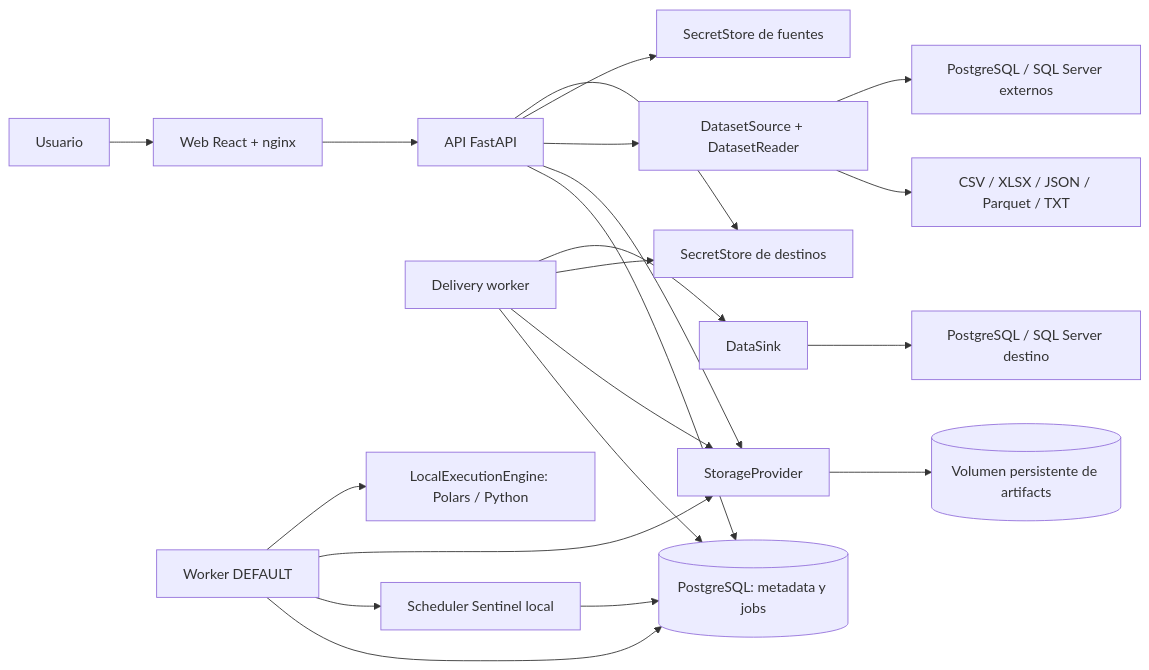
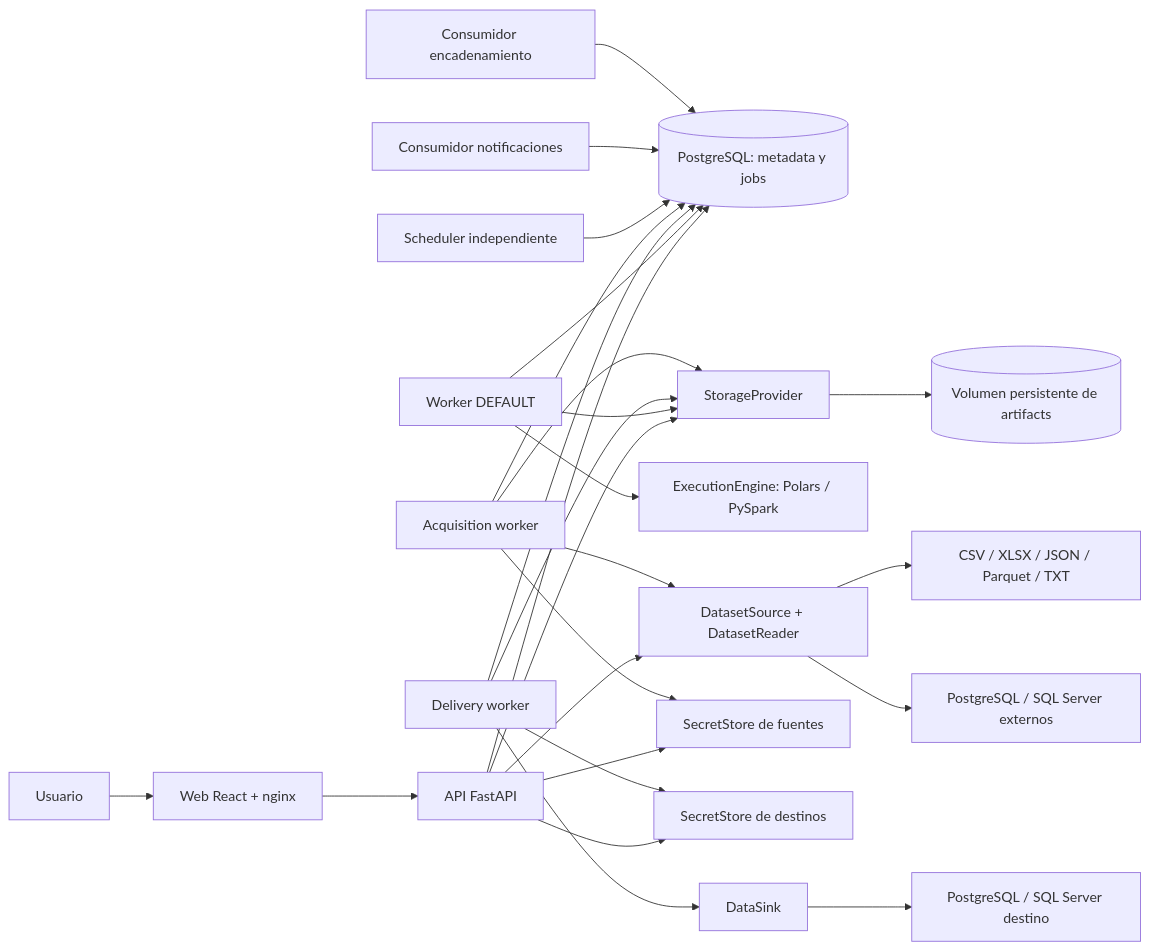
The diagram in docs/architecture.md (eddiesan422/TrackvanceCore), drawn with Mermaid before and after one commit. The commit also changed other lines of this file and 55 other files, not shown here.

````diff
--- a/docs/architecture.md
+++ b/docs/architecture.md
@@ -21,23 +21,28 @@
 ```mermaid
 flowchart LR
   U[Usuario] --> W[Web React + nginx]
   W --> A[API FastAPI]
   A --> P[(PostgreSQL: metadata y jobs)]
   K[Worker DEFAULT] --> P
   KD[Delivery worker] --> P
-  K --> SCH[Scheduler Sentinel local]
-  SCH --> P
+  KA[Acquisition worker] --> P
+  SCH[Scheduler independiente] --> P
+  EN[Consumidor notificaciones] --> P
+  EC[Consumidor encadenamiento] --> P
   A --> S[StorageProvider]
   K --> S
   KD --> S
+  KA --> S
   S --> V[(Volumen persistente de artifacts)]
-  K --> E[LocalExecutionEngine: Polars / Python]
+  K --> E[ExecutionEngine: Polars / PySpark]
   A --> D[DatasetSource + DatasetReader]
+  KA --> D
   D --> F[CSV / XLSX / JSON / Parquet / TXT]
   D --> EXT[PostgreSQL / SQL Server externos]
   A --> SEC[SecretStore de fuentes]
+  KA --> SEC
   A --> DSEC[SecretStore de destinos]
   KD --> DSEC
   KD --> DS[DataSink]
   DS --> OUT[PostgreSQL / SQL Server destino]
 ```
````
